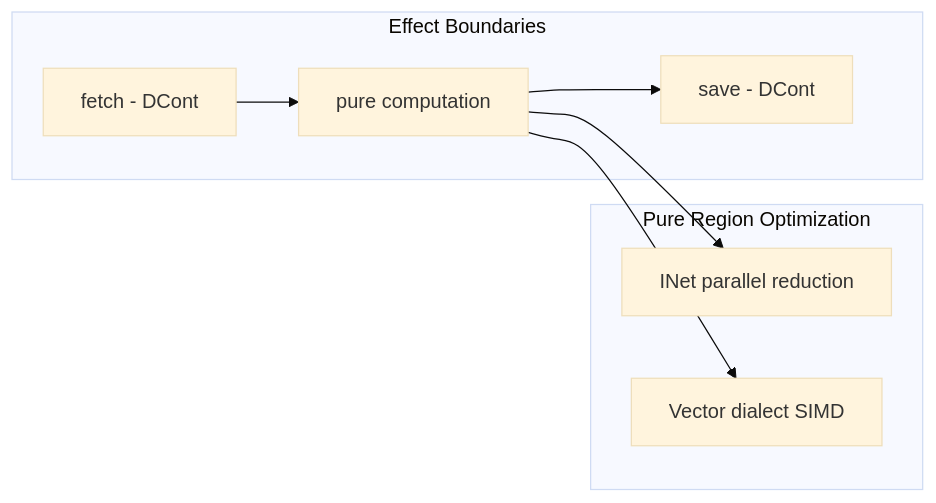
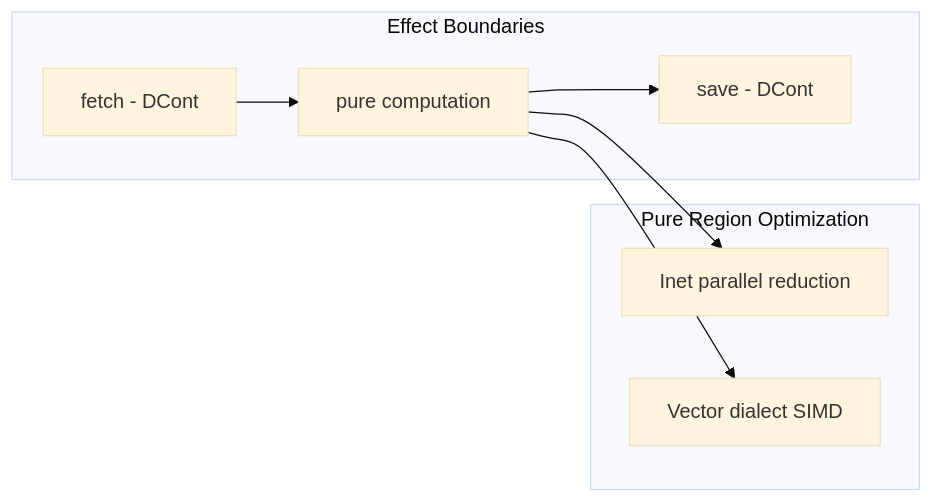
Before and after one commit to FidelityFramework/clef-lang-site: the ninth of 9 diagrams in hugo/content/docs/design/language/collect-yourself.md, drawn with Mermaid (base theme). The commit also changed other lines of this file and 18 other files, not shown here.

````diff
--- a/hugo/content/docs/design/language/collect-yourself.md
+++ b/hugo/content/docs/design/language/collect-yourself.md
@@ -322,12 +322,12 @@
 ```mermaid
 flowchart LR
     subgraph "Effect Boundaries"
         E1[fetch - DCont] --> P1[pure computation]
         P1 --> E2[save - DCont]
     end
 
     subgraph "Pure Region Optimization"
-        P1 --> I1[INet parallel reduction]
+        P1 --> I1[Inet parallel reduction]
         P1 --> V1[Vector dialect SIMD]
     end
 ```
````
